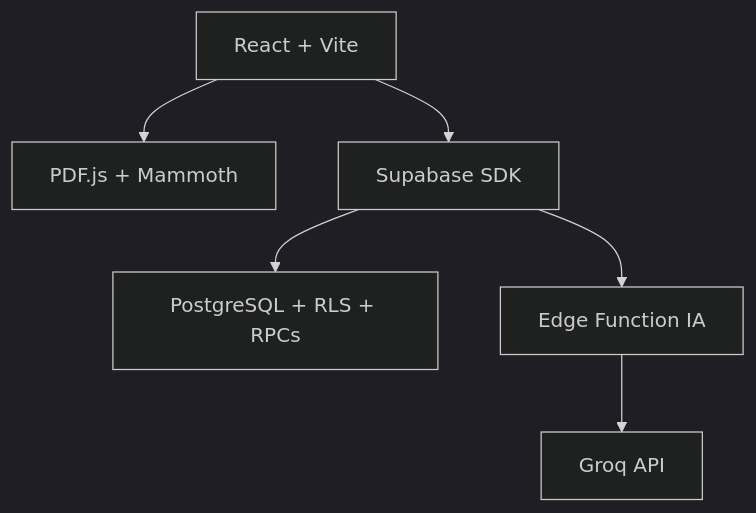
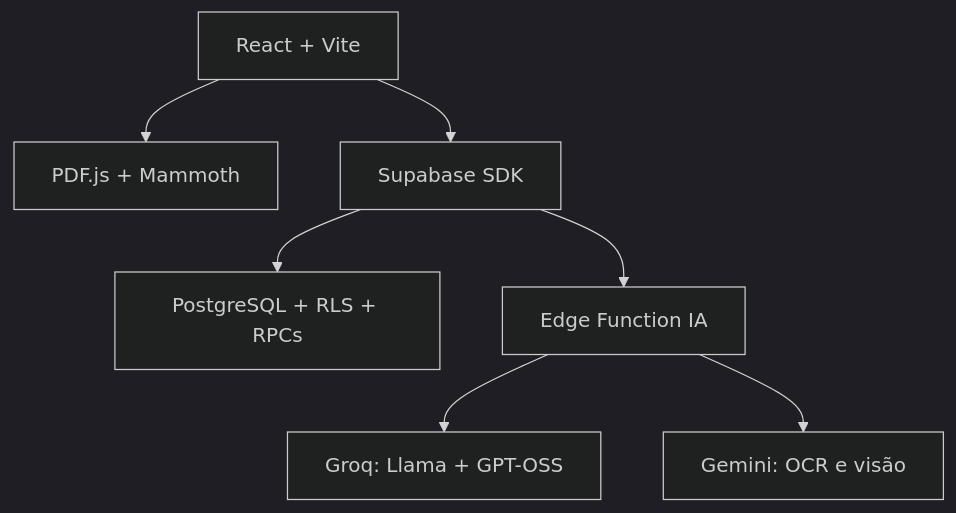
The diagram in README.md (Johnny117-maker/plataforma-estudos-2), drawn with Mermaid (dark theme) before and after one commit. The commit also changed other lines of this file and 10 other files, not shown here.

Commit message:
Adiciona Groq e Gemini para analise hibrida de provas

````diff
--- a/README.md
+++ b/README.md
@@ -25,8 +26,9 @@
 ```mermaid
 flowchart TD
   UI[React + Vite] --> LOCAL[PDF.js + Mammoth]
   UI --> SDK[Supabase SDK]
   SDK --> DB[PostgreSQL + RLS + RPCs]
   SDK --> EDGE[Edge Function IA]
-  EDGE --> GROQ[Groq API]
+  EDGE --> GROQ[Groq: Llama + GPT-OSS]
+  EDGE --> GEMINI[Gemini: OCR e visão]
 ```
````
